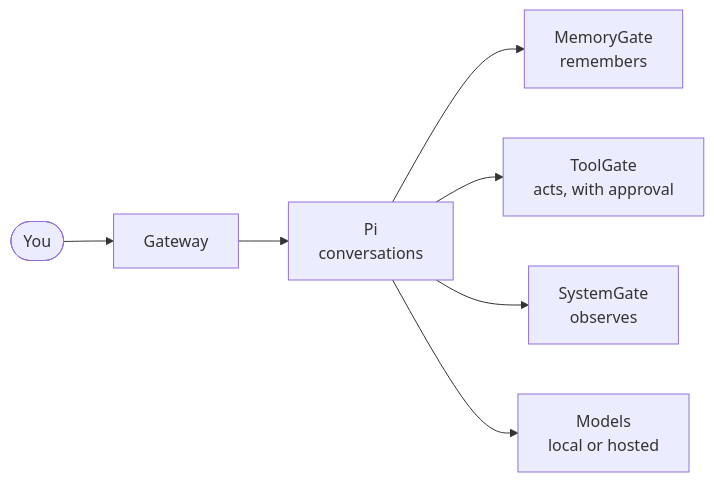
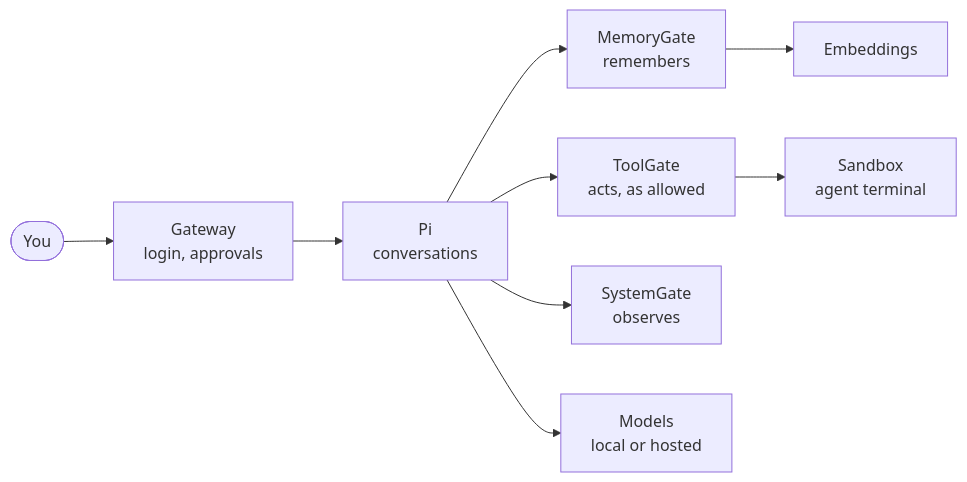
One commit to Conker-AI/conker changed the diagram in README.md. Above: the diagram before and after it, drawn with Mermaid. The commit also changed other lines of this file and 41 other files, not shown here.

````diff
--- a/README.md
+++ b/README.md
@@ -70,8 +104,11 @@
 ```mermaid
 flowchart LR
-    You([You]) --> GW[Gateway] --> Pi[Pi<br/>conversations]
+    You([You]) --> GW[Gateway<br/>login, approvals]
+    GW --> Pi[Pi<br/>conversations]
     Pi --> MG[MemoryGate<br/>remembers]
-    Pi --> TG[ToolGate<br/>acts, with approval]
+    Pi --> TG[ToolGate<br/>acts, as allowed]
     Pi --> SG[SystemGate<br/>observes]
     Pi --> M[Models<br/>local or hosted]
+    MG --> EM[Embeddings]
+    TG --> SB[Sandbox<br/>agent terminal]
 ```
````
